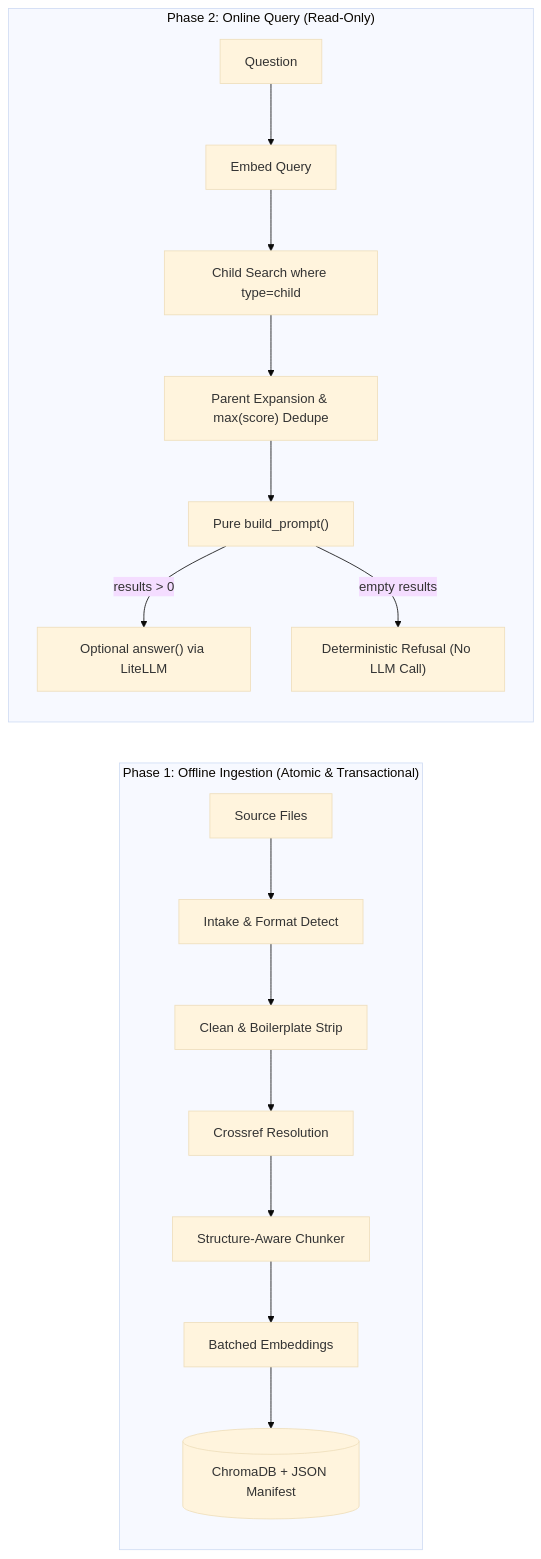
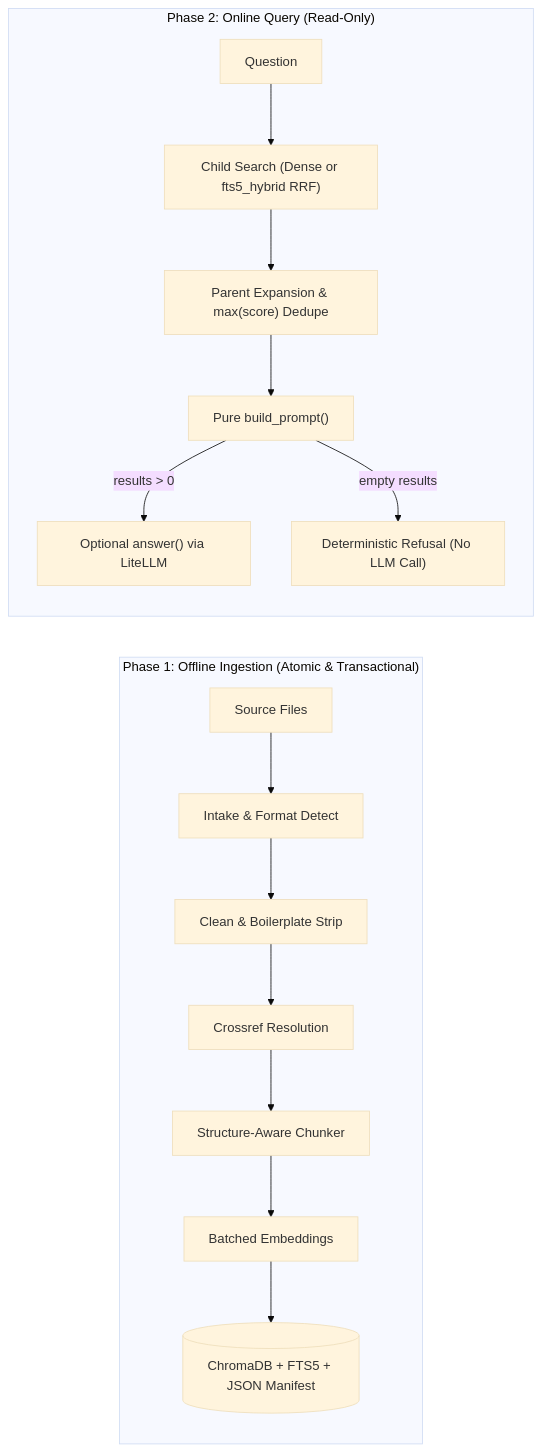
One commit to ivnmoreno/docpipe-maestro changed the diagram in README.md. Above: the diagram before and after it, drawn with Mermaid (base theme). The commit also changed other lines of this file and 18 other files, not shown here.

First line of the commit message:
feat(searcher): implement hybrid FTS5 BM25 + dense RRF retrieval

````diff
--- a/README.md
+++ b/README.md
@@ -88,20 +88,19 @@
 ```mermaid
 flowchart LR
     subgraph P1["Phase 1: Offline Ingestion (Atomic & Transactional)"]
         A[Source Files] --> B[Intake & Format Detect]
         B --> C[Clean & Boilerplate Strip]
         C --> D[Crossref Resolution]
         D --> E[Structure-Aware Chunker]
         E --> F[Batched Embeddings]
-        F --> G[(ChromaDB + JSON Manifest)]
+        F --> G[(ChromaDB + FTS5 + JSON Manifest)]
     end
 
     subgraph P2["Phase 2: Online Query (Read-Only)"]
-        Q[Question] --> QE[Embed Query]
-        QE --> S["Child Search where type=child"]
+        Q[Question] --> S["Child Search (Dense or fts5_hybrid RRF)"]
         S --> PE["Parent Expansion & max(score) Dedupe"]
         PE --> BP["Pure build_prompt()"]
         BP -->|results > 0| LLM["Optional answer() via LiteLLM"]
         BP -->|empty results| REF["Deterministic Refusal (No LLM Call)"]
     end
 ```
````
